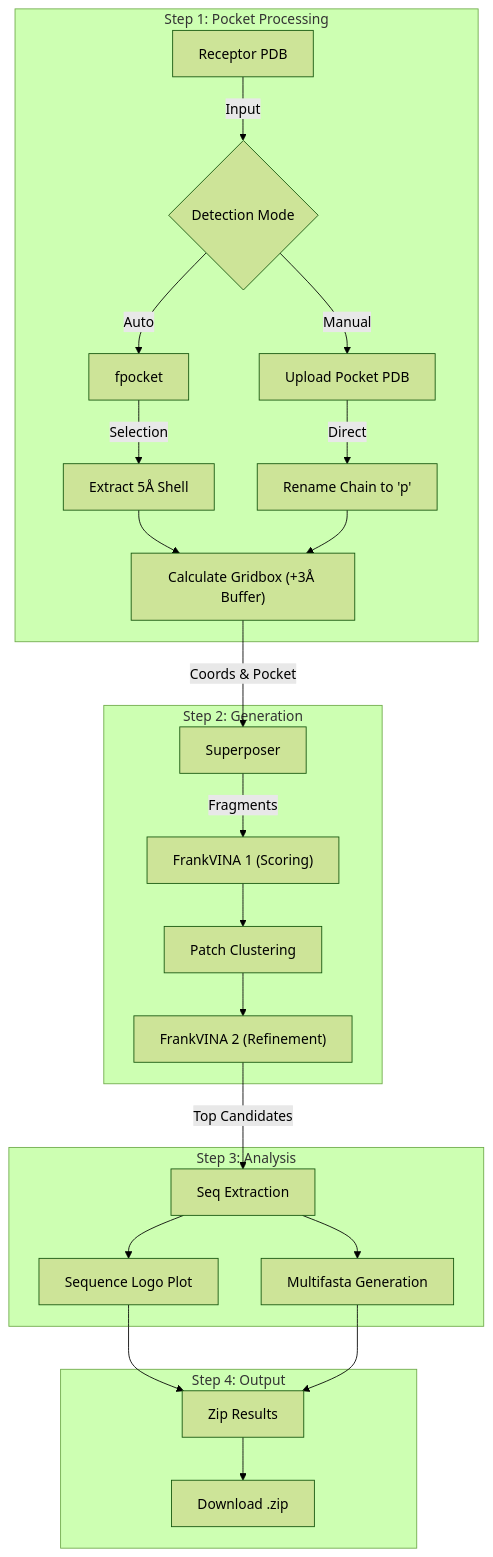
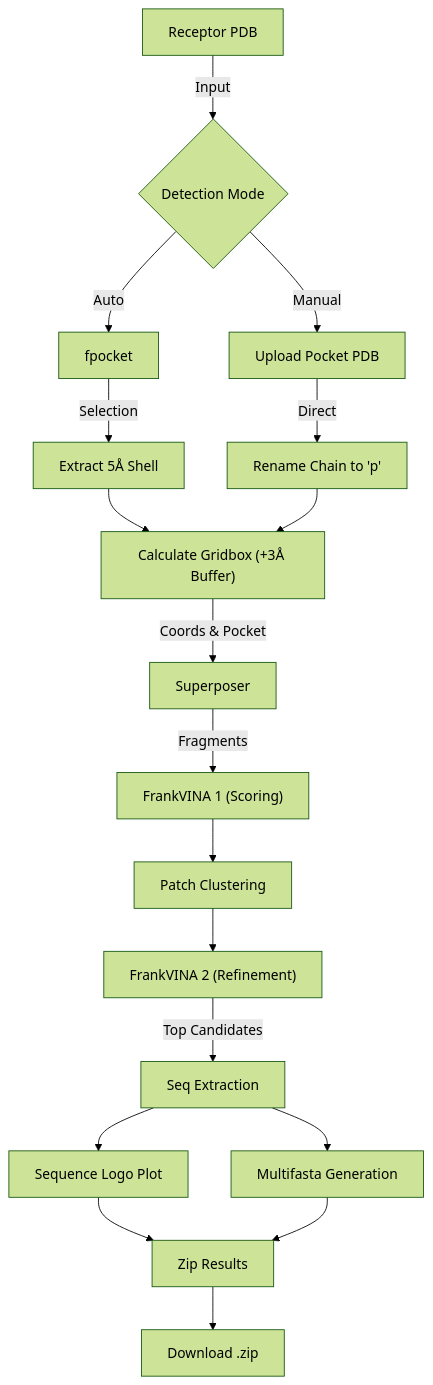
The diagram in README.md (Joacaldog/FrankPEPstein), drawn with Mermaid (forest theme) before and after one commit.

Commit message:
readme update

````diff
--- a/README.md
+++ b/README.md
@@ -9,31 +9,23 @@
 ```mermaid
 graph TD
-    subgraph Step 1: Pocket Processing
     Rec["Receptor PDB"] -->|Input| Detect{"Detection Mode"}
     Detect -->|Auto| Fpocket["fpocket"]
     Detect -->|Manual| Upload["Upload Pocket PDB"]
     Fpocket -->|Selection| Extract["Extract 5Å Shell"]
     Upload -->|Direct| Clean["Rename Chain to 'p'"]
     Extract --> Gridbox["Calculate Gridbox (+3Å Buffer)"]
     Clean --> Gridbox
-    end
 
-    subgraph Step 2: Generation
     Gridbox -->|"Coords & Pocket"| Super["Superposer"]
     Super -->|Fragments| Vina1["FrankVINA 1 (Scoring)"]
     Vina1 --> Cluster["Patch Clustering"]
     Cluster --> Vina2["FrankVINA 2 (Refinement)"]
-    end
 
-    subgraph Step 3: Analysis
     Vina2 -->|"Top Candidates"| Seq["Seq Extraction"]
     Seq --> MSA["Multifasta Generation"]
     Seq --> Logo["Sequence Logo Plot"]
-    end
 
-    subgraph Step 4: Output
     Logo --> Zip["Zip Results"]
     MSA --> Zip
     Zip --> Download["Download .zip"]
-    end
 ```
````
